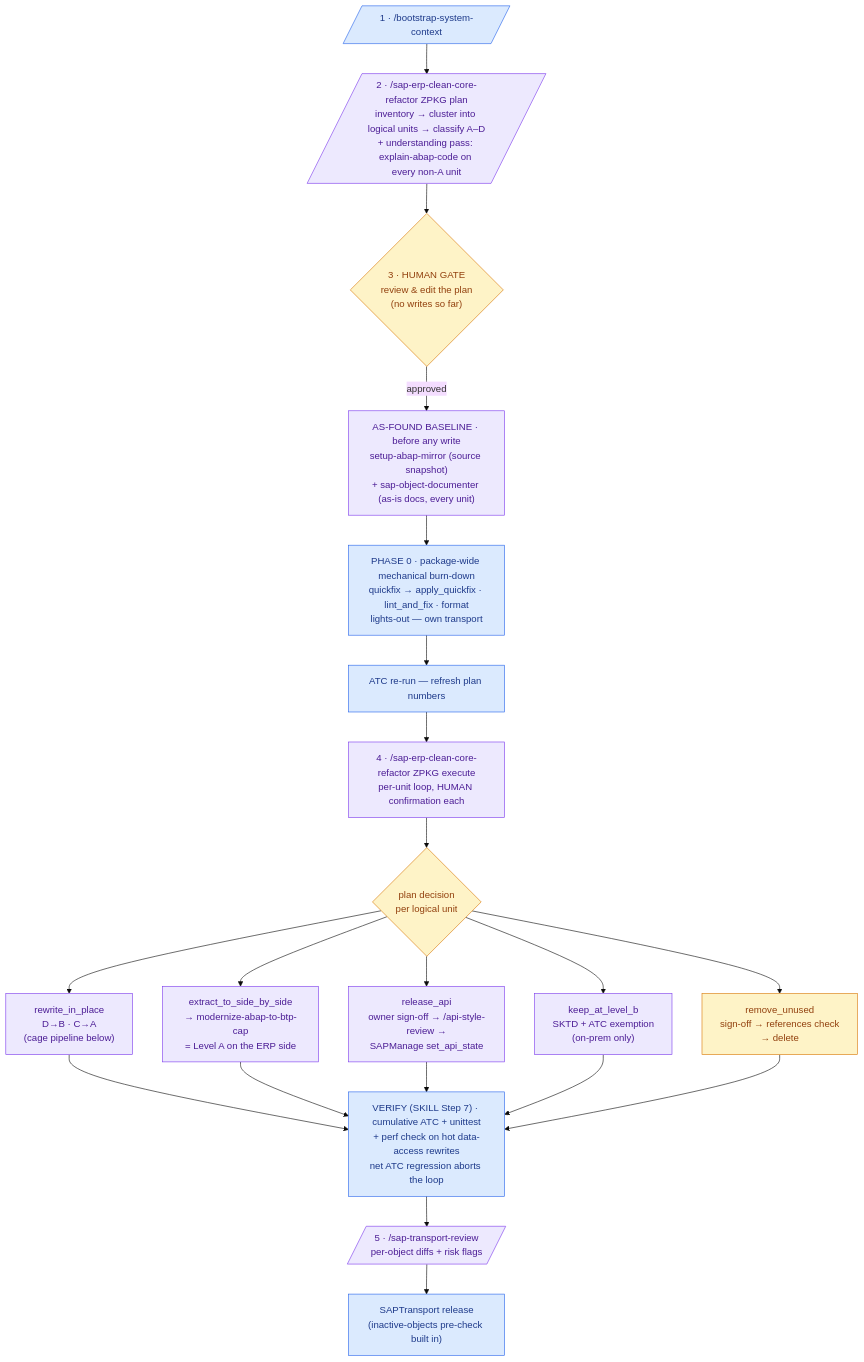
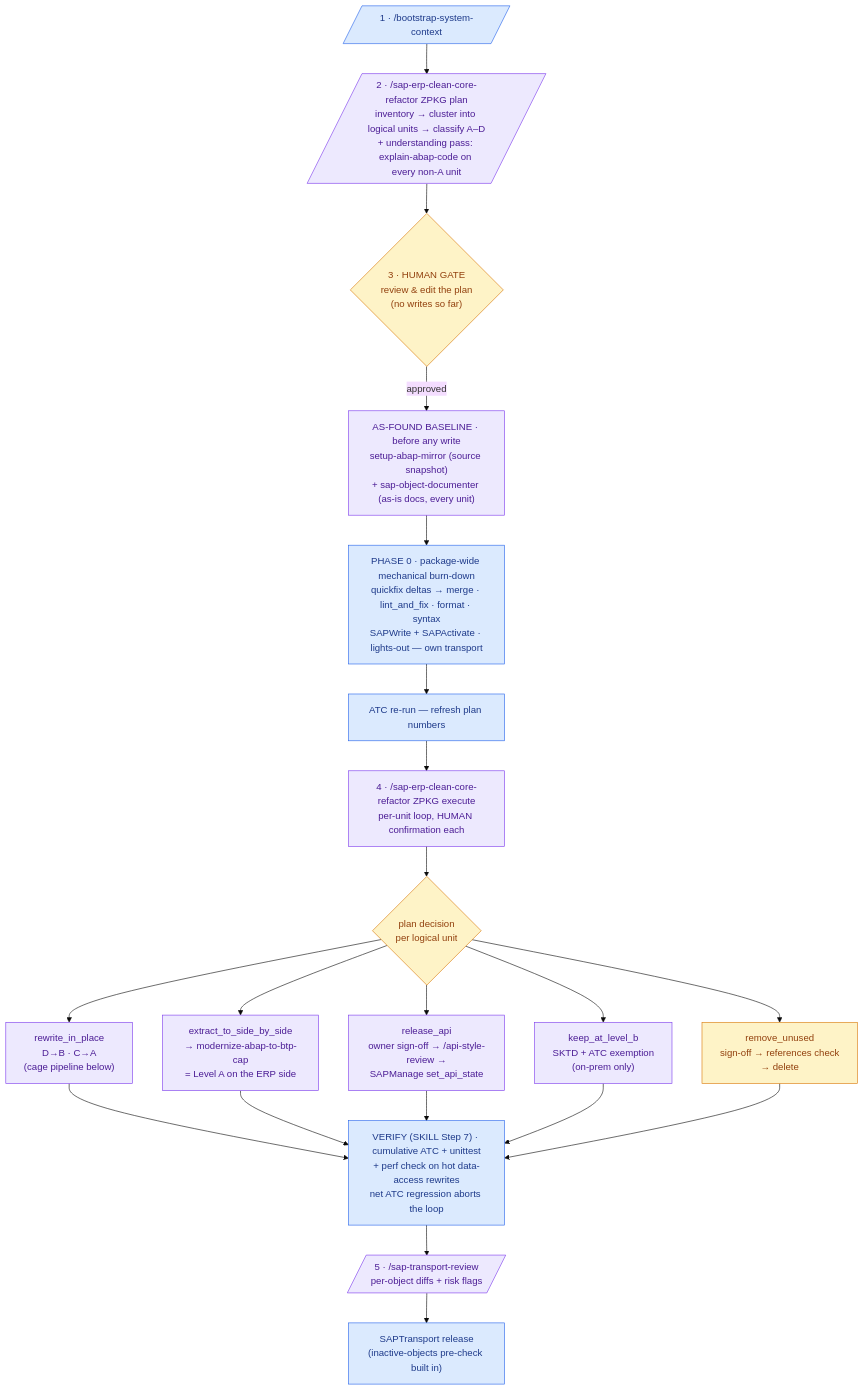
Before and after one commit to Raistlin82/arc-1-fork: the first of 2 diagrams in skills/sap-erp-clean-core-refactor/WORKFLOW.md, drawn with Mermaid (base theme). The commit also changed other lines of this file and 20 other files, not shown here.

````diff
--- a/skills/sap-erp-clean-core-refactor/WORKFLOW.md
+++ b/skills/sap-erp-clean-core-refactor/WORKFLOW.md
@@ -40,27 +40,27 @@
 ```mermaid
 flowchart TD
     S1[/"1 · /bootstrap-system-context"/]:::det --> S2[/"2 · /sap-erp-clean-core-refactor ZPKG plan<br/>inventory → cluster into logical units → classify A–D<br/>+ understanding pass: explain-abap-code on every non-A unit"/]:::gen
     S2 --> S3{"3 · HUMAN GATE<br/>review &amp; edit the plan<br/>(no writes so far)"}:::hum
     S3 -->|approved| BL["AS-FOUND BASELINE · before any write<br/>setup-abap-mirror (source snapshot)<br/>+ sap-object-documenter (as-is docs, every unit)"]:::gen
-    BL --> P0["PHASE 0 · package-wide mechanical burn-down<br/>quickfix → apply_quickfix · lint_and_fix · format<br/>lights-out — own transport"]:::det
+    BL --> P0["PHASE 0 · package-wide mechanical burn-down<br/>quickfix deltas → merge · lint_and_fix · format · syntax<br/>SAPWrite + SAPActivate · lights-out — own transport"]:::det
     P0 --> P0R["ATC re-run — refresh plan numbers"]:::det
     P0R --> EX["4 · /sap-erp-clean-core-refactor ZPKG execute<br/>per-unit loop, HUMAN confirmation each"]:::gen
     EX --> DEC{"plan decision<br/>per logical unit"}:::hum
     DEC --> RW["rewrite_in_place<br/>D→B · C→A<br/>(cage pipeline below)"]:::gen
     DEC --> SBS["extract_to_side_by_side<br/>→ modernize-abap-to-btp-cap<br/>= Level A on the ERP side"]:::gen
     DEC --> REL["release_api<br/>owner sign-off → /api-style-review →<br/>SAPManage set_api_state"]:::gen
     DEC --> KB["keep_at_level_b<br/>SKTD + ATC exemption<br/>(on-prem only)"]:::gen
     DEC --> RM["remove_unused<br/>sign-off → references check<br/>→ delete"]:::hum
     RW --> V
     SBS --> V
     REL --> V
     KB --> V
     RM --> V
     V["VERIFY (SKILL Step 7) · cumulative ATC + unittest<br/>+ perf check on hot data-access rewrites<br/>net ATC regression aborts the loop"]:::det
     V --> TR[/"5 · /sap-transport-review<br/>per-object diffs + risk flags"/]:::gen
     TR --> DONE["SAPTransport release<br/>(inactive-objects pre-check built in)"]:::det
 
     classDef det fill:#dbeafe,stroke:#2563eb,color:#1e3a8a
     classDef gen fill:#ede9fe,stroke:#7c3aed,color:#4c1d95
     classDef hum fill:#fef3c7,stroke:#d97706,color:#92400e
 ```
````
